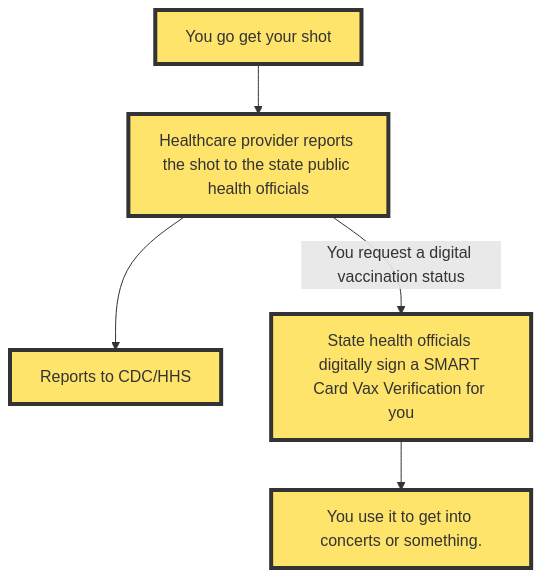
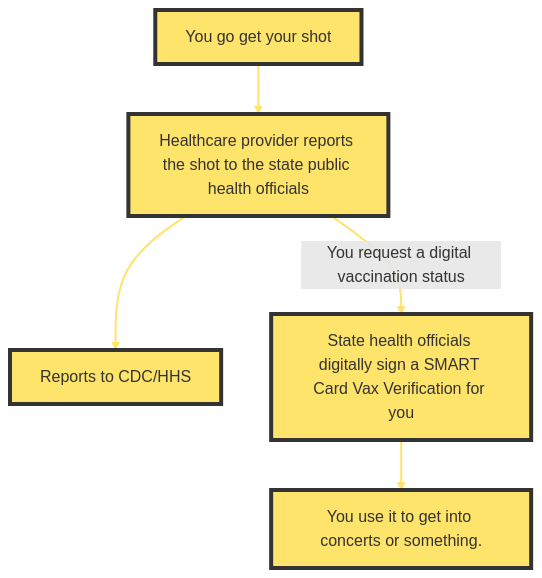
Before and after one commit to BrendanHiggins/BrendanHiggins.github.io: the first of 2 diagrams in _posts/2021-08-20-covid-cards.md, drawn with Mermaid. The commit also changed other lines of this file, not shown here.

```diff
--- a/_posts/2021-08-20-covid-cards.md
+++ b/_posts/2021-08-20-covid-cards.md
@@ -199,13 +201,14 @@
 <div class="mermaid"> 
 graph TD; 
 A[You go get your shot]-->B; 
 B[Healthcare provider reports the shot to the state public health officials]-->C;
 B-- You request a digital vaccination status -->D[State health officials digitally sign a SMART Card Vax Verification for you]
 C[Reports to CDC/HHS]
 D-->E[You use it to get into concerts or something.]
 style A fill:#FFE46B,stroke:#333,stroke-width:4px
 style B fill:#FFE46B,stroke:#333,stroke-width:4px
 style C fill:#FFE46B,stroke:#333,stroke-width:4px
 style D fill:#FFE46B,stroke:#333,stroke-width:4px
 style E fill:#FFE46B,stroke:#333,stroke-width:4px
+linkStyle 0,1,2,3 stroke-width:2px,stroke:#FFE46B
 </div>
```
